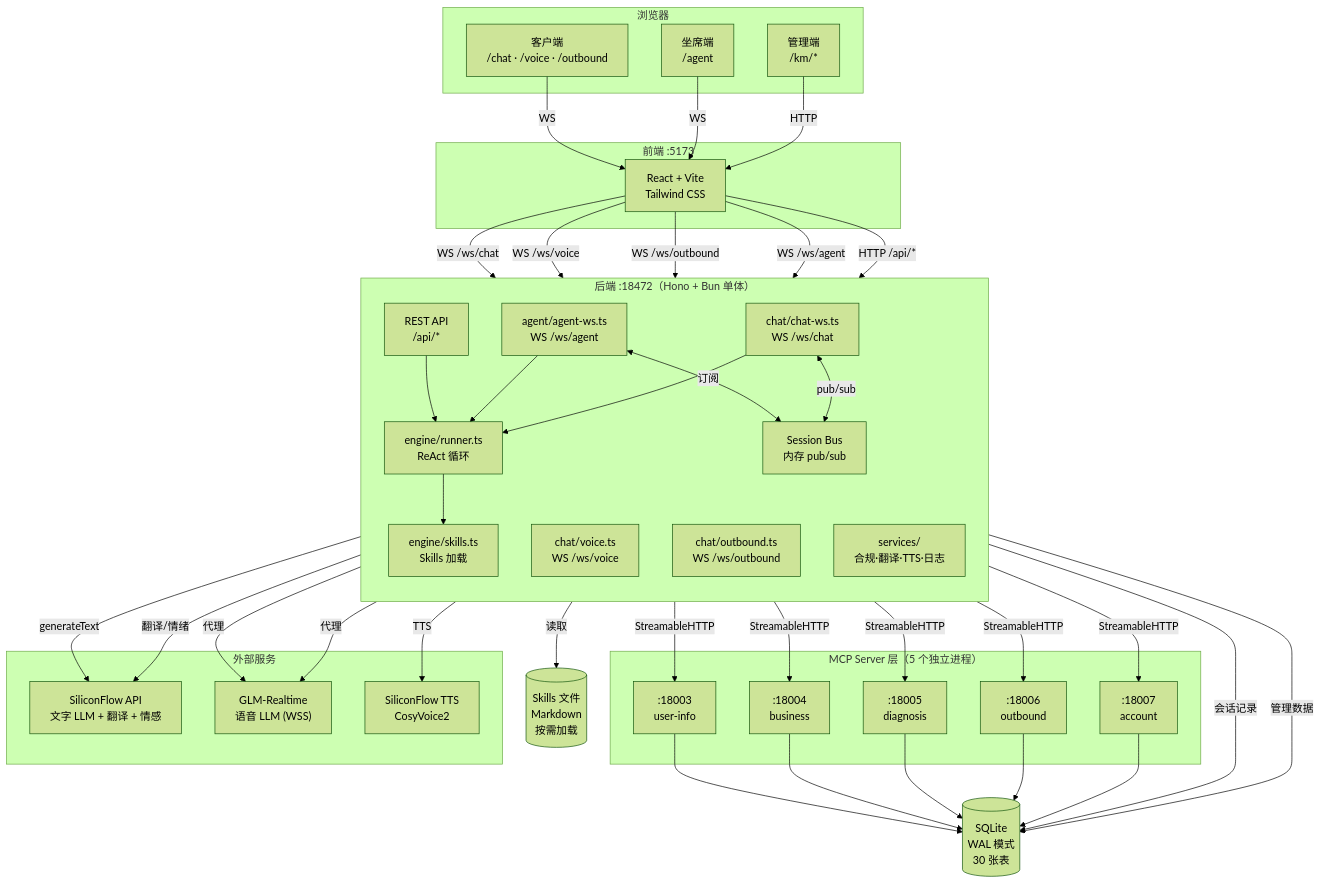
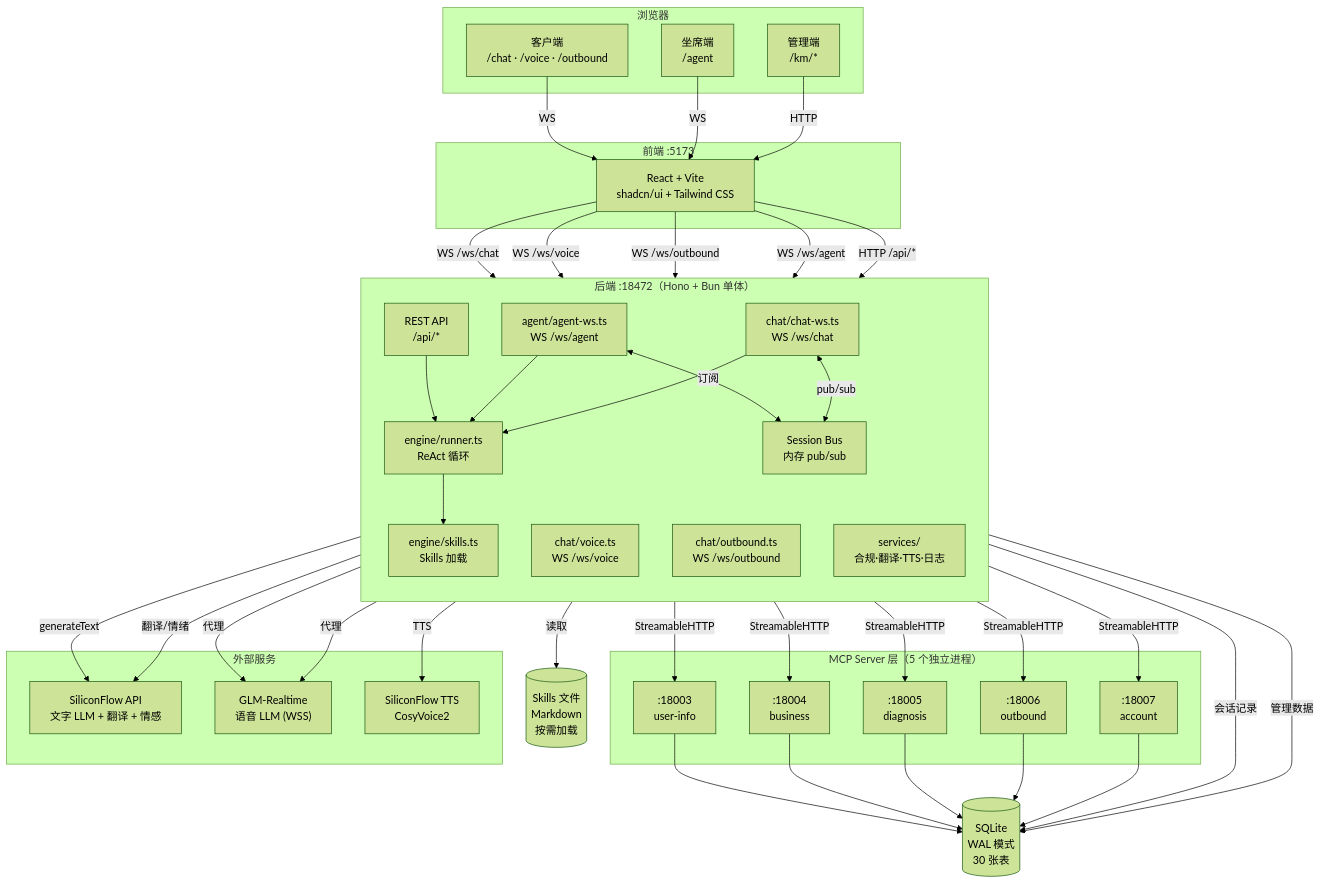
Before and after one commit to cacling/ai-bot: the diagram in .specify/specs/000-baseline/plan.md, drawn with Mermaid (forest theme). The commit also changed other lines of this file and 15 other files, not shown here.

````diff
--- a/.specify/specs/000-baseline/plan.md
+++ b/.specify/specs/000-baseline/plan.md
@@ -32,80 +32,80 @@
 ```mermaid
 flowchart TD
     subgraph 浏览器
         U["客户端<br/>/chat · /voice · /outbound"]
         A["坐席端<br/>/agent"]
         K["管理端<br/>/km/*"]
     end
 
     subgraph "前端 :5173"
-        FE["React + Vite<br/>Tailwind CSS"]
+        FE["React + Vite<br/>shadcn/ui + Tailwind CSS"]
     end
 
     subgraph "后端 :18472（Hono + Bun 单体）"
         direction TB
         CHAT["chat/chat-ws.ts<br/>WS /ws/chat"]
         VOICE["chat/voice.ts<br/>WS /ws/voice"]
         OB["chat/outbound.ts<br/>WS /ws/outbound"]
         AGT["agent/agent-ws.ts<br/>WS /ws/agent"]
         REST["REST API<br/>/api/*"]
         ENGINE["engine/runner.ts<br/>ReAct 循环"]
         SKILLS["engine/skills.ts<br/>Skills 加载"]
         SB["Session Bus<br/>内存 pub/sub"]
         SVC["services/<br/>合规·翻译·TTS·日志"]
     end
 
     subgraph "MCP Server 层（5 个独立进程）"
         MCP1[":18003<br/>user-info"]
         MCP2[":18004<br/>business"]
         MCP3[":18005<br/>diagnosis"]
         MCP4[":18006<br/>outbound"]
         MCP5[":18007<br/>account"]
     end
 
     subgraph 外部服务
         SF["SiliconFlow API<br/>文字 LLM + 翻译 + 情感"]
         GLM["GLM-Realtime<br/>语音 LLM (WSS)"]
         TTS_API["SiliconFlow TTS<br/>CosyVoice2"]
     end
 
     DB[("SQLite<br/>WAL 模式<br/>30 张表")]
     SK[("Skills 文件<br/>Markdown<br/>按需加载")]
 
     U -->|"WS"| FE
     A -->|"WS"| FE
     K -->|"HTTP"| FE
     FE -->|"WS /ws/chat"| CHAT
     FE -->|"WS /ws/voice"| VOICE
     FE -->|"WS /ws/outbound"| OB
     FE -->|"WS /ws/agent"| AGT
     FE -->|"HTTP /api/*"| REST
 
     CHAT --> ENGINE
     VOICE -->|"代理"| GLM
     OB -->|"代理"| GLM
     AGT --> ENGINE
     REST --> ENGINE
 
     CHAT <-->|"pub/sub"| SB
     AGT <-->|"订阅"| SB
 
     ENGINE --> SKILLS
     SKILLS -->|"读取"| SK
     ENGINE -->|"generateText"| SF
     ENGINE -->|"StreamableHTTP"| MCP1
     ENGINE -->|"StreamableHTTP"| MCP2
     ENGINE -->|"StreamableHTTP"| MCP3
     ENGINE -->|"StreamableHTTP"| MCP4
     ENGINE -->|"StreamableHTTP"| MCP5
 
     SVC -->|"翻译/情绪"| SF
     SVC -->|"TTS"| TTS_API
 
     MCP1 --> DB
     MCP2 --> DB
     MCP3 --> DB
     MCP4 --> DB
     MCP5 --> DB
     ENGINE -->|"会话记录"| DB
     REST -->|"管理数据"| DB
 ```
````
